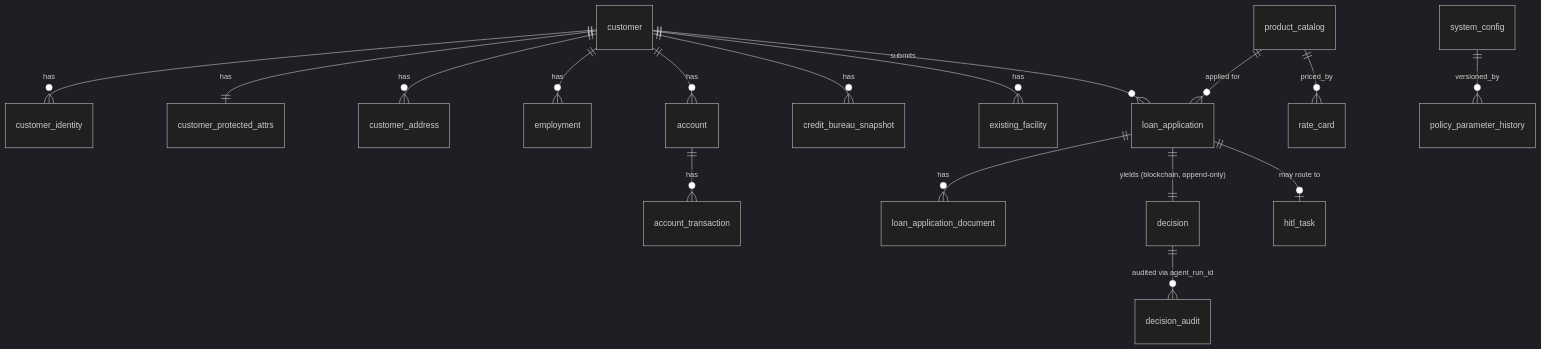
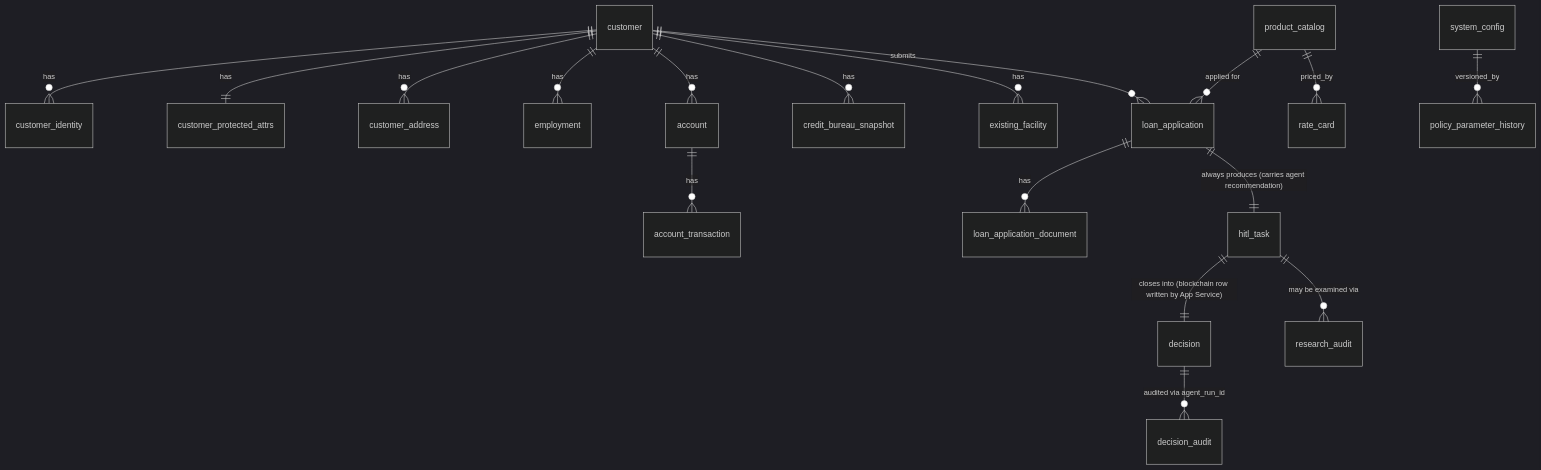
Before and after one commit to vmleon/oracle-database-private-agent-factory-poc: the diagram in docs/DECISIONING-ENGINE-USE-CASE.md, drawn with Mermaid (dark theme). The commit also changed other lines of this file and 4 other files, not shown here.

Commit message:
docs: pivot to hitl-always recommendation tiers + research agent

````diff
--- a/docs/DECISIONING-ENGINE-USE-CASE.md
+++ b/docs/DECISIONING-ENGINE-USE-CASE.md
@@ -320,19 +354,20 @@
 ```mermaid
 erDiagram
     customer ||--o{ customer_identity : has
     customer ||--|| customer_protected_attrs : has
     customer ||--o{ customer_address : has
     customer ||--o{ employment : has
     customer ||--o{ account : has
     account ||--o{ account_transaction : has
     customer ||--o{ credit_bureau_snapshot : has
     customer ||--o{ existing_facility : has
     customer ||--o{ loan_application : submits
     product_catalog ||--o{ loan_application : "applied for"
     product_catalog ||--o{ rate_card : priced_by
     loan_application ||--o{ loan_application_document : has
-    loan_application ||--|| decision : "yields (blockchain, append-only)"
+    loan_application ||--|| hitl_task : "always produces (carries agent recommendation)"
+    hitl_task ||--|| decision : "closes into (blockchain row written by App Service)"
+    hitl_task ||--o{ research_audit : "may be examined via"
     decision ||--o{ decision_audit : "audited via agent_run_id"
-    loan_application ||--o| hitl_task : "may route to"
     system_config ||--o{ policy_parameter_history : versioned_by
 ```
````
